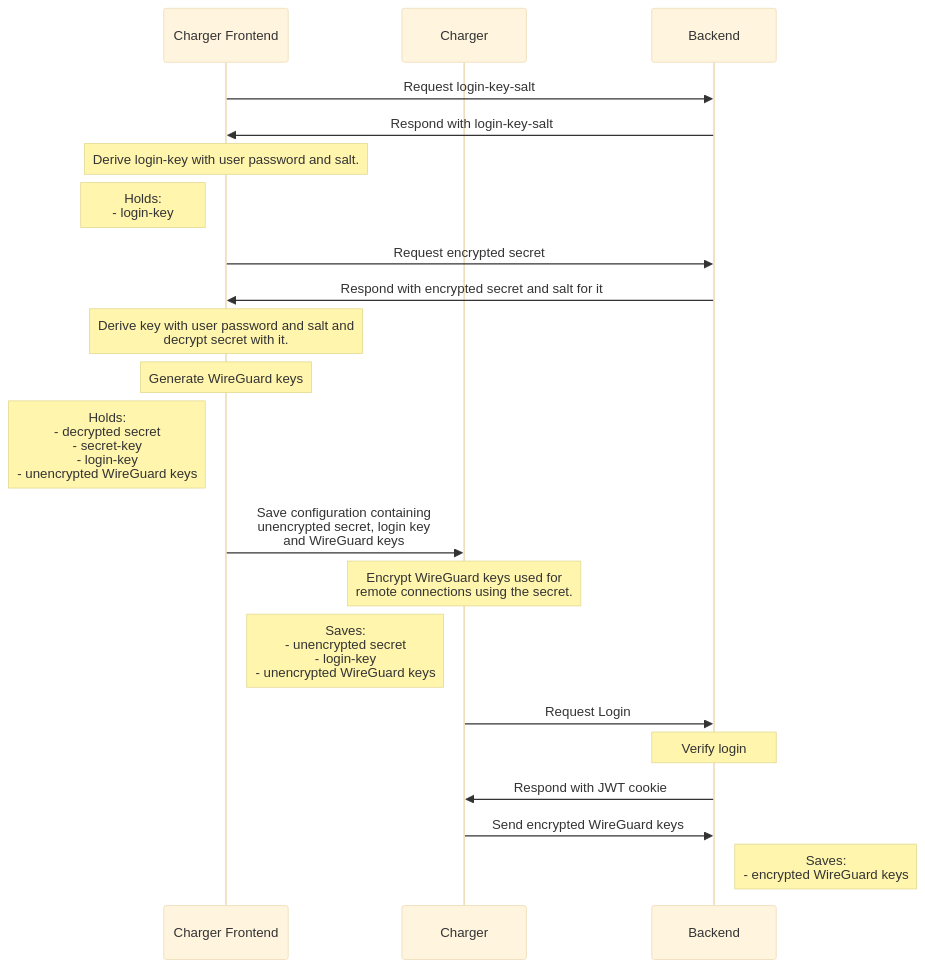
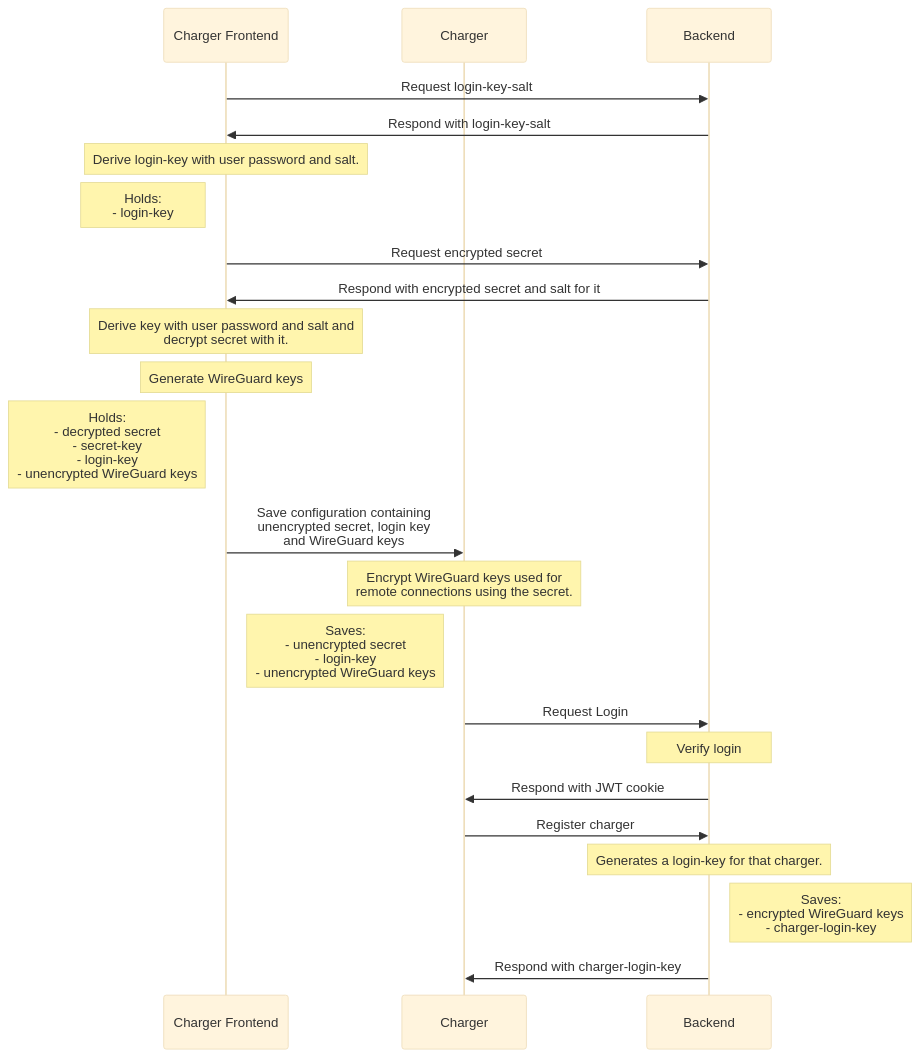
The third of 6 diagrams in sequence.md (Tinkerforge/esp32-remote-access), drawn with Mermaid (base theme) before and after one commit. The commit also changed other lines of this file, not shown here.

````diff
--- a/sequence.md
+++ b/sequence.md
@@ -49,24 +49,26 @@
 ```mermaid
 sequenceDiagram
     participant Charger Frontend
     participant Charger
     participant Backend
 
     Charger Frontend->>Backend: Request login-key-salt
     Backend->>Charger Frontend: Respond with login-key-salt
     Note over Charger Frontend: Derive login-key with user password and salt.
     Note left of Charger Frontend: Holds: <br> - login-key
     Charger Frontend->>Backend: Request encrypted secret
     Backend->>Charger Frontend: Respond with encrypted secret and salt for it
     Note over Charger Frontend: Derive key with user password and salt and<br>decrypt secret with it.
     Note over Charger Frontend: Generate WireGuard keys
     Note left of Charger Frontend: Holds: <br> - decrypted secret <br> - secret-key <br> - login-key <br> - unencrypted WireGuard keys
     Charger Frontend->>Charger: Save configuration containing<br>unencrypted secret, login key<br>and WireGuard keys
     Note over Charger: Encrypt WireGuard keys used for<br>remote connections using the secret.
     Note left of Charger: Saves: <br> - unencrypted secret <br> - login-key <br> - unencrypted WireGuard keys
     Charger->>Backend: Request Login
     Note over Backend: Verify login
     Backend->>Charger: Respond with JWT cookie
-    Charger->>Backend: Send encrypted WireGuard keys
-    Note right of Backend: Saves: <br> - encrypted WireGuard keys
+    Charger->>Backend: Register charger
+    Note over Backend: Generates a login-key for that charger.
+    Note right of Backend: Saves: <br> - encrypted WireGuard keys <br> - charger-login-key
+    Backend->>Charger: Respond with charger-login-key
 ```
````
